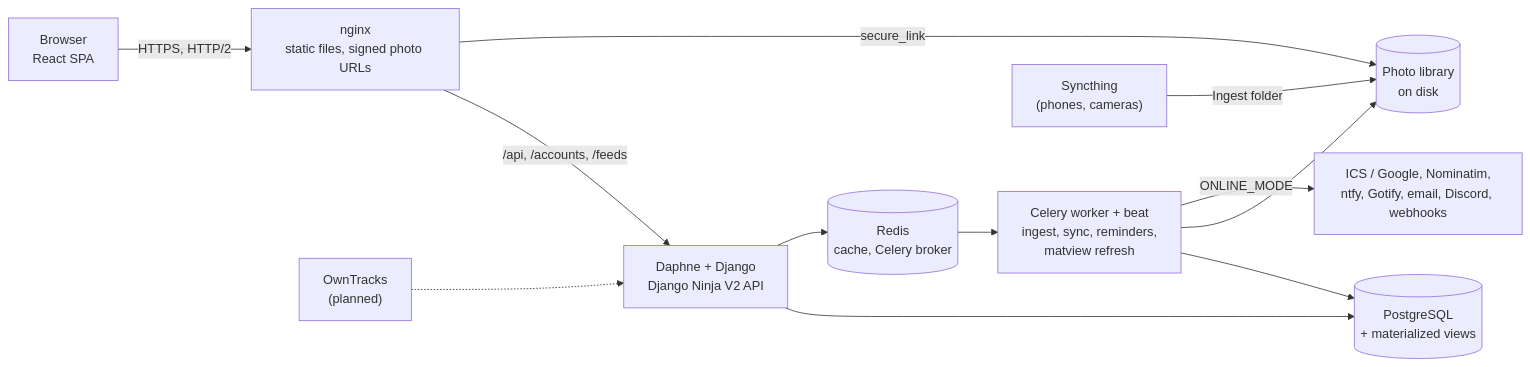
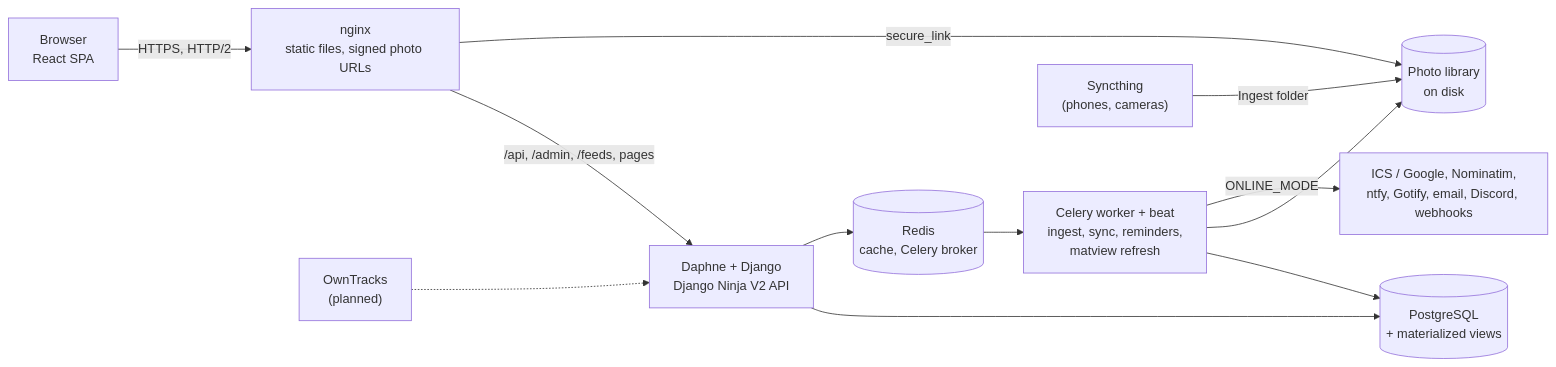
Before and after one commit to amolvenkataraman/Nilaya: the diagram in README.md, drawn with Mermaid. The commit also changed other lines of this file, not shown here.

Commit message:
README: self-hosting and graceful failure; factual fixes for the app at / (architecture labels, upgrade guide links, no vendored files)

````diff
--- a/README.md
+++ b/README.md
@@ -132,14 +133,14 @@
 ```mermaid
 flowchart LR
     B["Browser<br/>React SPA"] -->|HTTPS, HTTP/2| N["nginx<br/>static files, signed photo URLs"]
-    N -->|/api, /accounts, /feeds| D["Daphne + Django<br/>Django Ninja V2 API"]
+    N -->|"/api, /admin, /feeds, pages"| D["Daphne + Django<br/>Django Ninja V2 API"]
     N -->|secure_link| L[("Photo library<br/>on disk")]
     D --> P[("PostgreSQL<br/>+ materialized views")]
     D --> R[("Redis<br/>cache, Celery broker")]
     R --> C["Celery worker + beat<br/>ingest, sync, reminders,<br/>matview refresh"]
     C --> P
     C --> L
     S["Syncthing<br/>(phones, cameras)"] -->|Ingest folder| L
     O["OwnTracks<br/>(planned)"] -.-> D
     C -->|ONLINE_MODE| X["ICS / Google, Nominatim,<br/>ntfy, Gotify, email, Discord, webhooks"]
 ```
````
